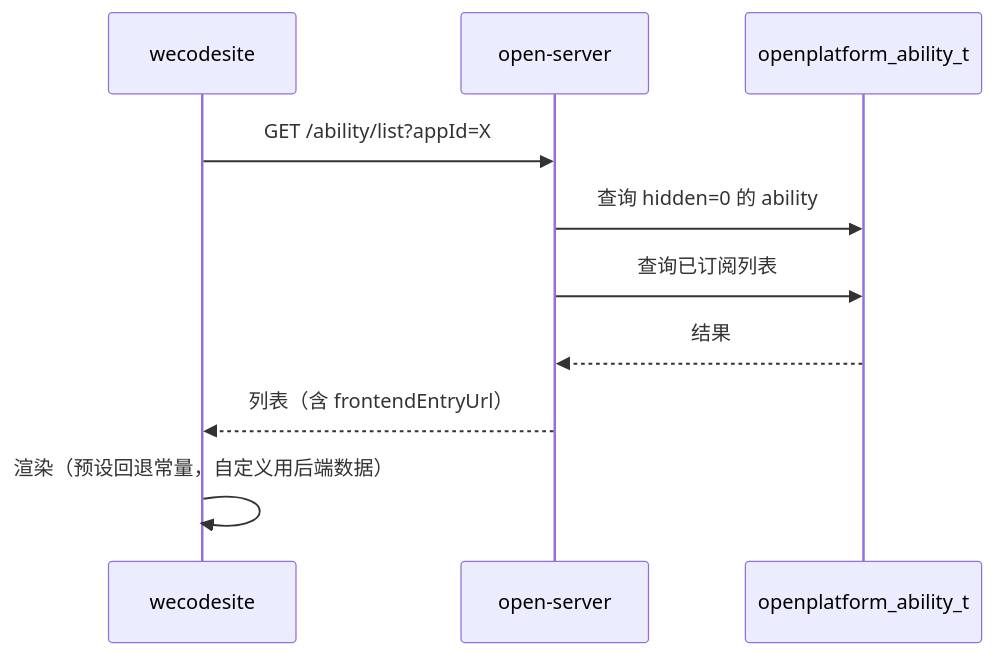
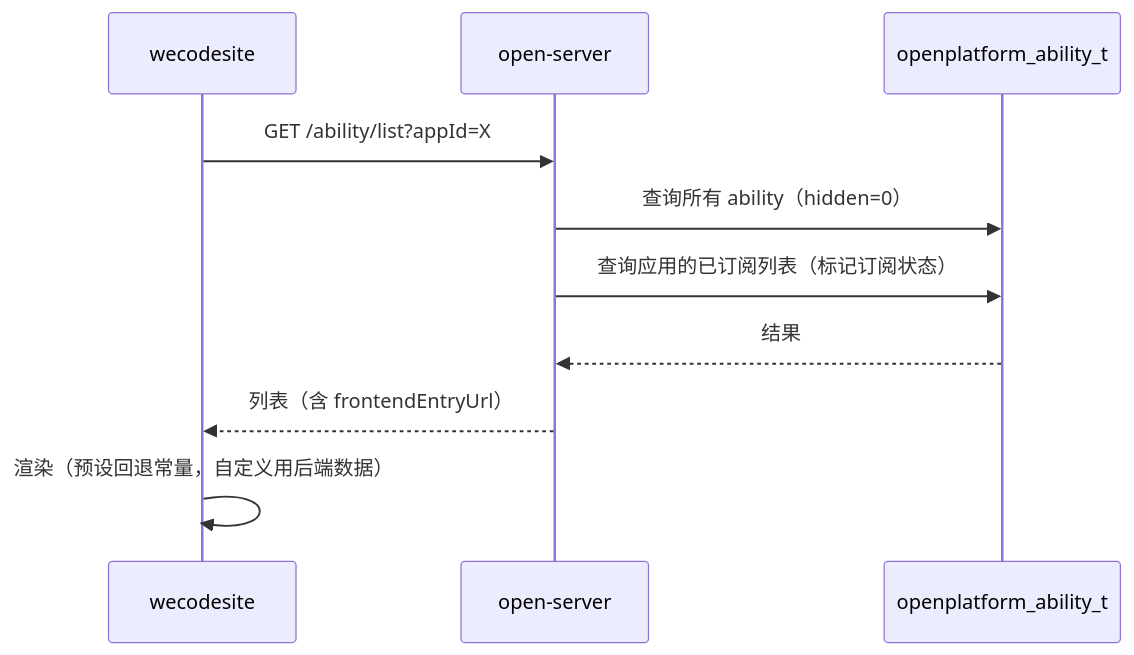
One commit to THZSummer/open-app changed the third of 6 diagrams in .sddu/specs-tree-root/specs-tree-ability-embedding/specs-tree-embedding-open/需求设计说明.md. Above: the diagram before and after it, drawn with Mermaid. The commit also changed other lines of this file and 2 other files, not shown here.

````diff
--- a/.sddu/specs-tree-root/specs-tree-ability-embedding/specs-tree-embedding-open/需求设计说明.md
+++ b/.sddu/specs-tree-root/specs-tree-ability-embedding/specs-tree-embedding-open/需求设计说明.md
@@ -432,13 +418,13 @@
 ```mermaid
 sequenceDiagram
     participant WECODE as wecodesite
     participant OPeN as open-server
     participant DB as openplatform_ability_t
 
     WECODE->>OPeN: GET /ability/list?appId=X
-    OPeN->>DB: 查询 hidden=0 的 ability
-    OPeN->>DB: 查询已订阅列表
+    OPeN->>DB: 查询所有 ability（hidden=0）
+    OPeN->>DB: 查询应用的已订阅列表（标记订阅状态）
     DB-->>OPeN: 结果
     OPeN-->>WECODE: 列表（含 frontendEntryUrl）
     WECODE->>WECODE: 渲染（预设回退常量，自定义用后端数据）
 ```
````
